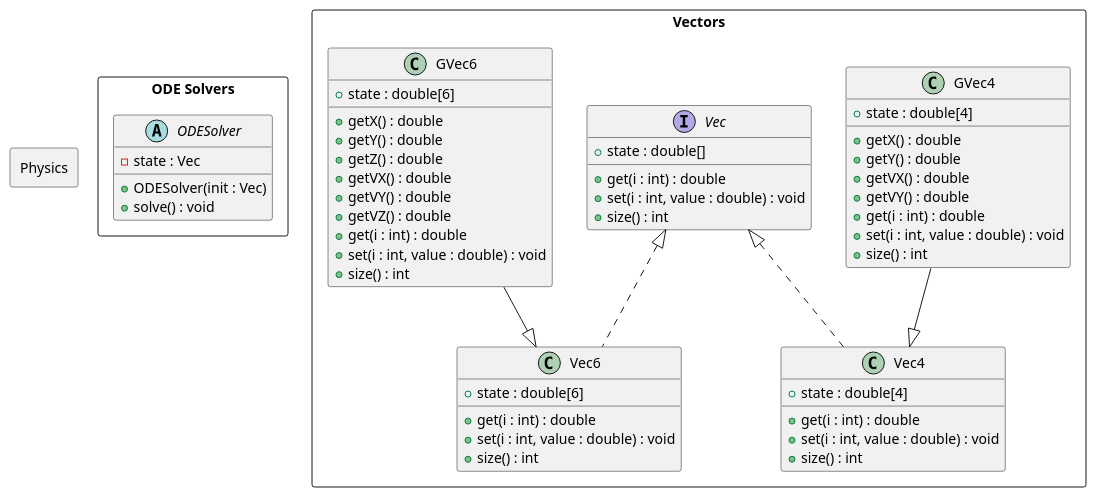
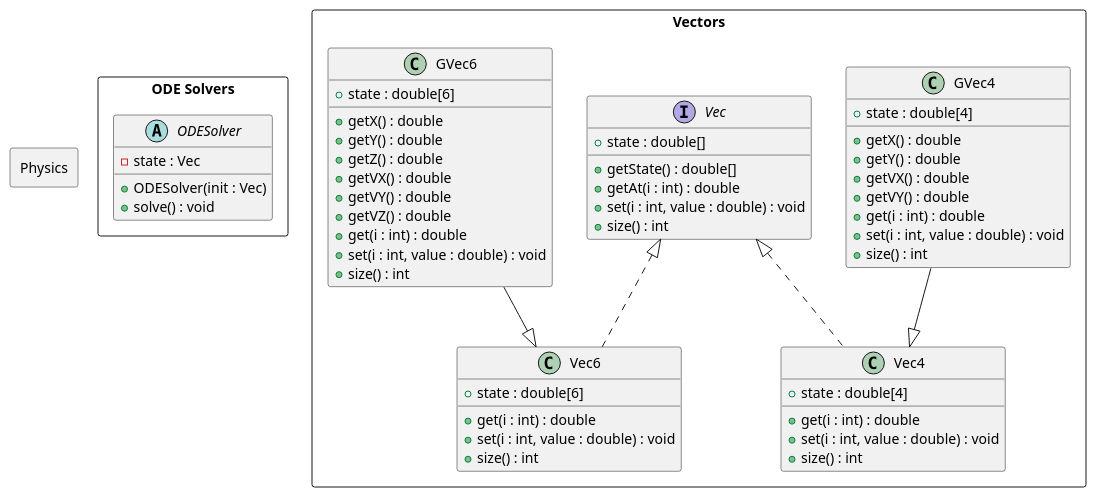
Before and after one commit to cartesian-plane/Crazy-Putting: the diagram in assets/uml/physics.plantuml, drawn with PlantUML. The commit also changed 21 other files, not shown here.

```diff
--- a/assets/uml/physics.plantuml
+++ b/assets/uml/physics.plantuml
@@ -1,68 +1,69 @@
 @startuml Physics - ODE Solvers interaction
 
 rectangle "ODE Solvers" as ODES {
     abstract class ODESolver {
         -state : Vec
         +ODESolver(init : Vec)
         +solve() : void
     }
 }
 
 rectangle "Vectors" as V {
     interface Vec {
         +state : double[]
-        +get(i : int) : double
+        +getState() : double[]
+        +getAt(i : int) : double
         +set(i : int, value : double) : void
         +size() : int
     }
 
     class Vec4 {
         +state : double[4]
         +get(i : int) : double
         +set(i : int, value : double) : void
         +size() : int
     }
 
     class GVec4 {
         +state : double[4]
         +getX() : double
         +getY() : double
         +getVX() : double
         +getVY() : double
         +get(i : int) : double
         +set(i : int, value : double) : void
         +size() : int
     }
 
     class Vec6 {
         +state : double[6]
         +get(i : int) : double
         +set(i : int, value : double) : void
         +size() : int
     }
 
     class GVec6 {
         +state : double[6]
         +getX() : double
         +getY() : double
         +getZ() : double
         +getVX() : double
         +getVY() : double
         +getVZ() : double
         +get(i : int) : double
         +set(i : int, value : double) : void
         +size() : int
     }
 
     Vec6 .up.|> Vec
     Vec4 .up.|> Vec
     GVec6 --|> Vec6
     GVec4 --|> Vec4
 
 }
 
 rectangle "Physics" as Ph {
 
 }
 
 @enduml
```
